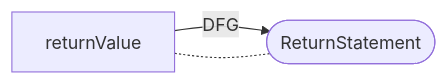
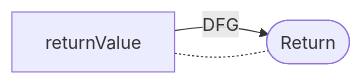
Before and after one commit to Fraunhofer-AISEC/cpg: diagram 28 of 40 in docs/docs/CPG/specs/dfg.md, drawn with Mermaid. The commit also changed other lines of this file and 99 other files, not shown here.

First line of the commit message:
Remove `Statement` suffix from expression node classes (#2604)

````diff
--- a/docs/docs/CPG/specs/dfg.md
+++ b/docs/docs/CPG/specs/dfg.md
@@ -541,5 +541,5 @@
 ```mermaid
   flowchart LR
-    returnValue -- DFG --> node([ReturnStatement]);
+    returnValue -- DFG --> node([Return]);
     returnValue -.- node;
 ```
````
